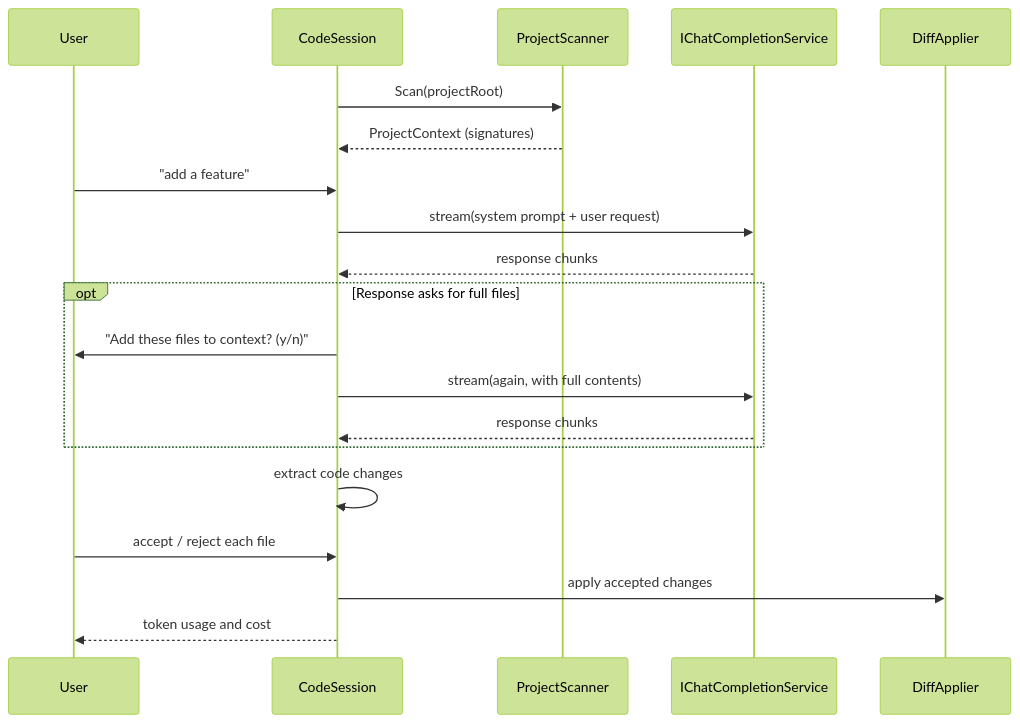
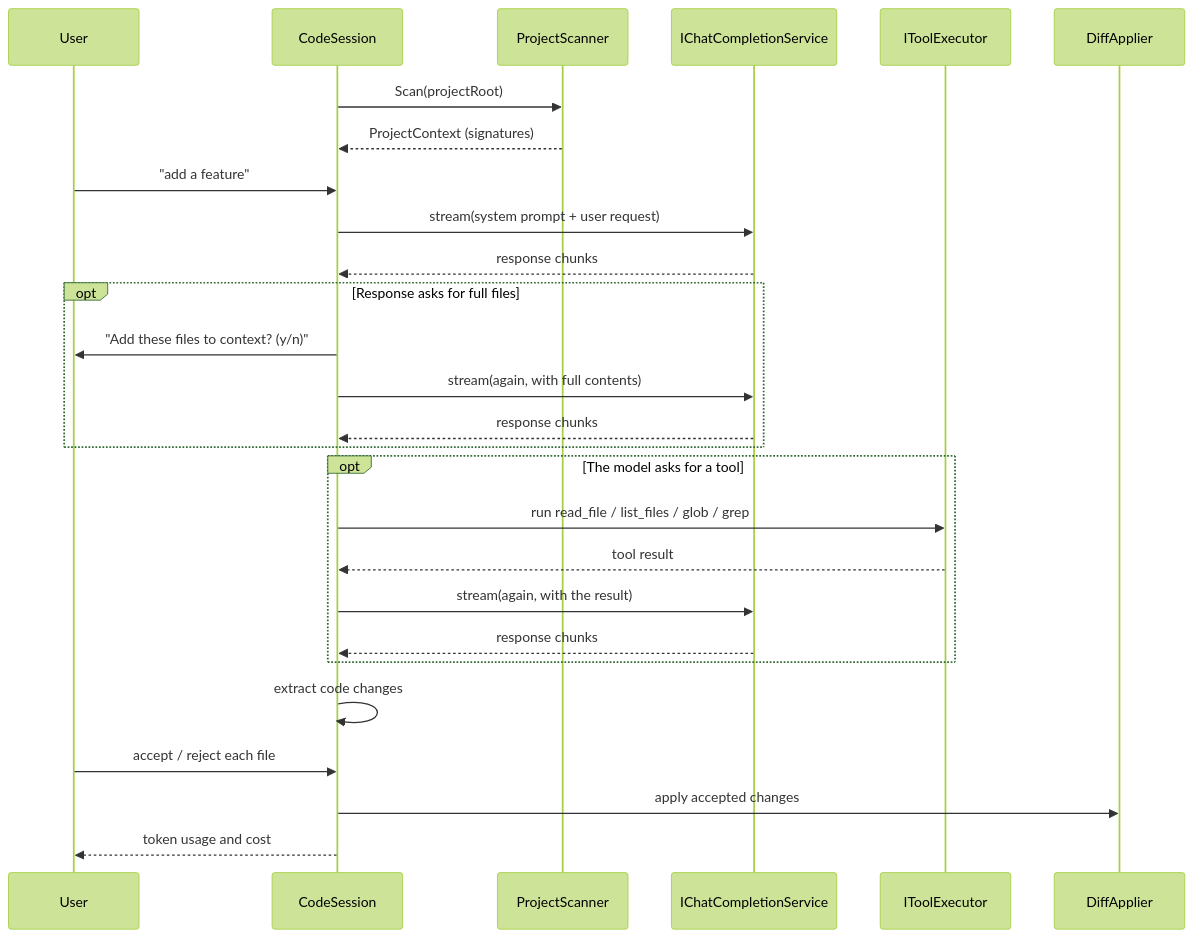
Before and after one commit to meysamhadeli/codai: the second of 2 diagrams in README.md, drawn with Mermaid (forest theme). The commit also changed other lines of this file and 62 other files, not shown here.

First line of the commit message:
feat: give the agent a read-only tool set and wire it end to end

````diff
--- a/README.md
+++ b/README.md
@@ -234,23 +284,30 @@
 ```mermaid
 sequenceDiagram
     participant U as User
     participant S as CodeSession
     participant SC as ProjectScanner
     participant AI as IChatCompletionService
+    participant AI2 as IToolExecutor
     participant D as DiffApplier
 
     S->>SC: Scan(projectRoot)
     SC-->>S: ProjectContext (signatures)
     U->>S: "add a feature"
     S->>AI: stream(system prompt + user request)
     AI-->>S: response chunks
     opt Response asks for full files
         S->>U: "Add these files to context? (y/n)"
         S->>AI: stream(again, with full contents)
         AI-->>S: response chunks
     end
+    opt The model asks for a tool
+        S->>AI2: run read_file / list_files / glob / grep
+        AI2-->>S: tool result
+        S->>AI: stream(again, with the result)
+        AI-->>S: response chunks
+    end
     S->>S: extract code changes
     U->>S: accept / reject each file
     S->>D: apply accepted changes
     S-->>U: token usage and cost
 ```
````
